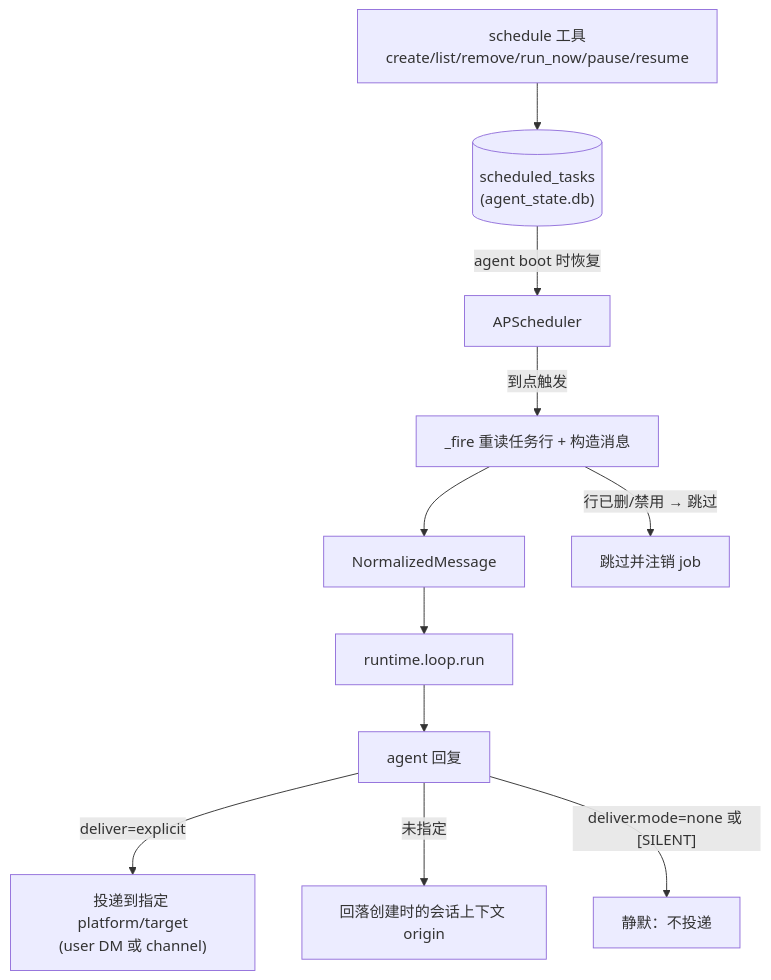
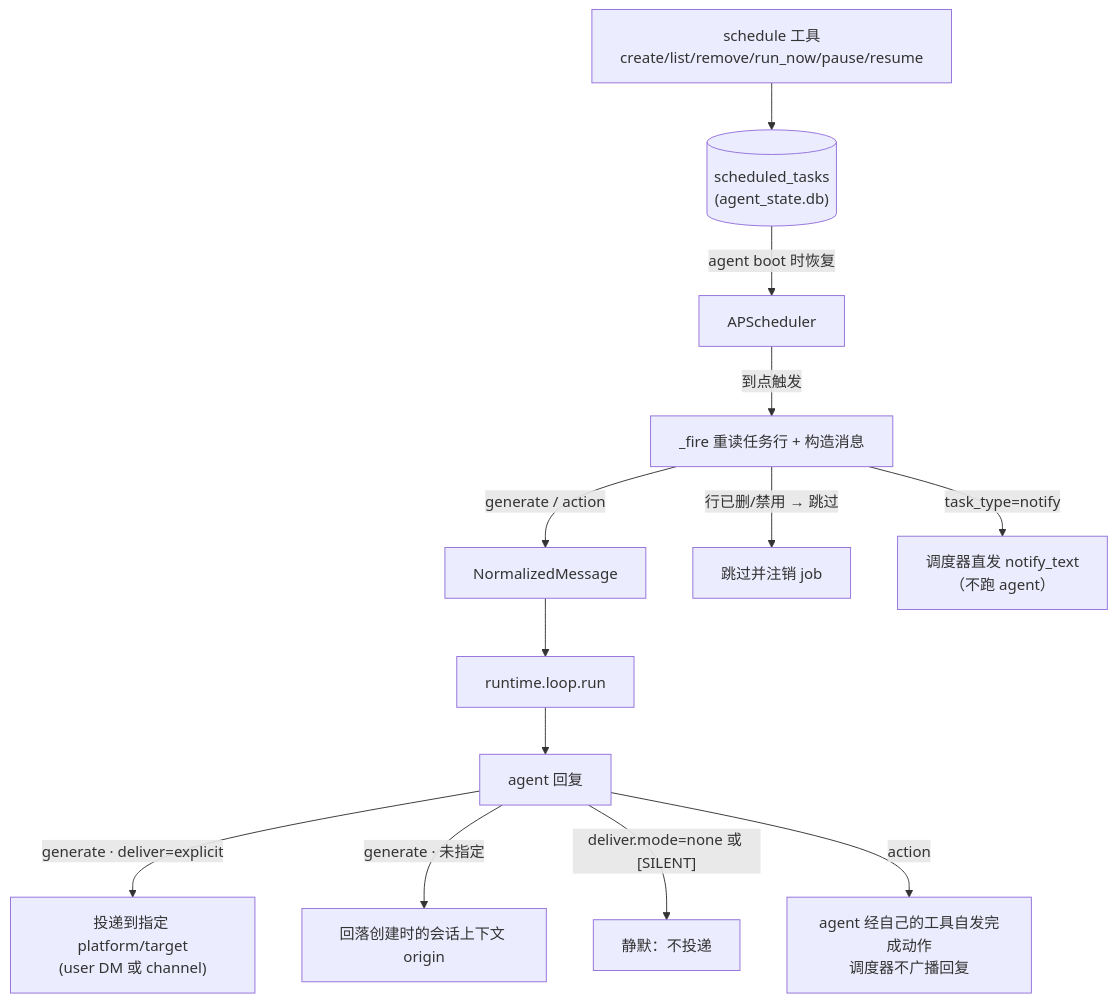
One commit to Summy2104/fleetent changed the first of 2 diagrams in docs/capabilities/scheduling.md. Above: the diagram before and after it, drawn with Mermaid. The commit also changed other lines of this file, not shown here.

First line of the commit message:
docs(scheduling): sync typed task model (notify/generate/action)

````diff
--- a/docs/capabilities/scheduling.md
+++ b/docs/capabilities/scheduling.md
@@ -23,18 +23,21 @@
 ```mermaid
 flowchart TD
     DB[("scheduled_tasks<br/>(agent_state.db)")]
     AP[APScheduler]
     FIRE["_fire 重读任务行 + 构造消息"]
     NM[NormalizedMessage]
     AL["runtime.loop.run"]
     REPLY["agent 回复"]
 
     TOOL["schedule 工具<br/>create/list/remove/run_now/pause/resume"] --> DB
     DB -->|"agent boot 时恢复"| AP
     AP -->|"到点触发"| FIRE
     FIRE -->|"行已删/禁用 → 跳过"| SKIP["跳过并注销 job"]
-    FIRE --> NM --> AL --> REPLY
-    REPLY -->|"deliver=explicit"| CH["投递到指定 platform/target<br/>(user DM 或 channel)"]
-    REPLY -->|"未指定"| ORIG["回落创建时的会话上下文 origin"]
+    FIRE -->|"task_type=notify"| DIRECT["调度器直发 notify_text<br/>（不跑 agent）"]
+    FIRE -->|"generate / action"| NM
+    NM --> AL --> REPLY
+    REPLY -->|"generate · deliver=explicit"| CH["投递到指定 platform/target<br/>(user DM 或 channel)"]
+    REPLY -->|"generate · 未指定"| ORIG["回落创建时的会话上下文 origin"]
     REPLY -->|"deliver.mode=none 或 [SILENT]"| NONE["静默：不投递"]
+    REPLY -->|"action"| ACT["agent 经自己的工具自发完成动作<br/>调度器不广播回复"]
 ```
````
